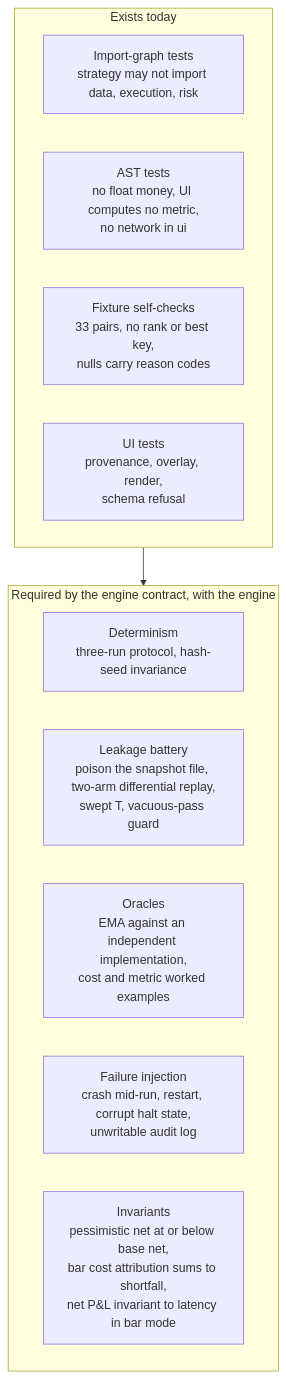
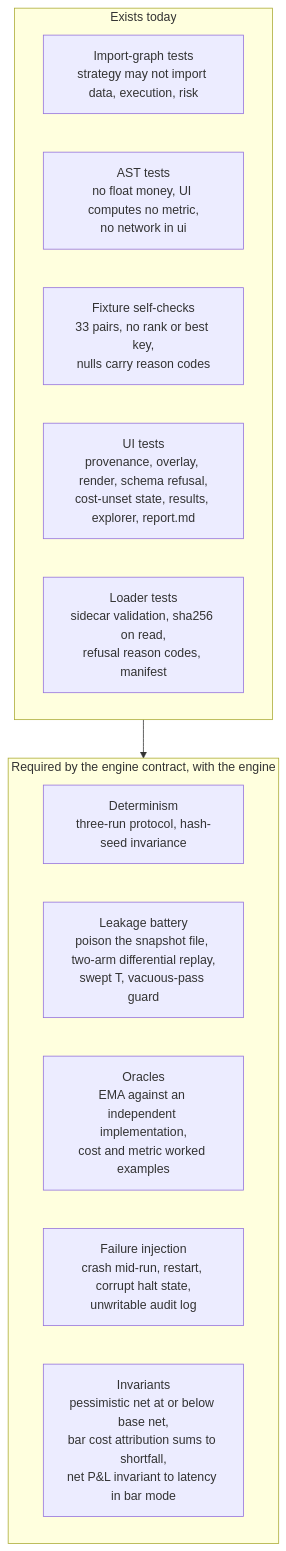
One commit to bitbullcapitalllc-arch/BitbullCapOrg changed the diagram in docs/backtest-bot/engineering-standards.md. Above: the diagram before and after it, drawn with Mermaid. The commit also changed 15 other files, not shown here.

````diff
--- a/docs/backtest-bot/engineering-standards.md
+++ b/docs/backtest-bot/engineering-standards.md
@@ -49,17 +49,18 @@
 ```mermaid
 flowchart TD
     subgraph BUILT["Exists today"]
         A["Import-graph tests<br/>strategy may not import data, execution, risk"]
         B["AST tests<br/>no float money, UI computes no metric,<br/>no network in ui"]
         C["Fixture self-checks<br/>33 pairs, no rank or best key,<br/>nulls carry reason codes"]
-        D["UI tests<br/>provenance, overlay, render,<br/>schema refusal"]
+        D["UI tests<br/>provenance, overlay, render, schema refusal,<br/>cost-unset state, results, explorer, report.md"]
+        L["Loader tests<br/>sidecar validation, sha256 on read,<br/>refusal reason codes, manifest"]
     end
     subgraph PLANNED["Required by the engine contract, with the engine"]
         E["Determinism<br/>three-run protocol, hash-seed invariance"]
         F["Leakage battery<br/>poison the snapshot file, two-arm differential replay,<br/>swept T, vacuous-pass guard"]
         G["Oracles<br/>EMA against an independent implementation,<br/>cost and metric worked examples"]
         H["Failure injection<br/>crash mid-run, restart, corrupt halt state,<br/>unwritable audit log"]
         I["Invariants<br/>pessimistic net at or below base net,<br/>bar cost attribution sums to shortfall,<br/>net P&L invariant to latency in bar mode"]
     end
     BUILT --> PLANNED
 ```
````
